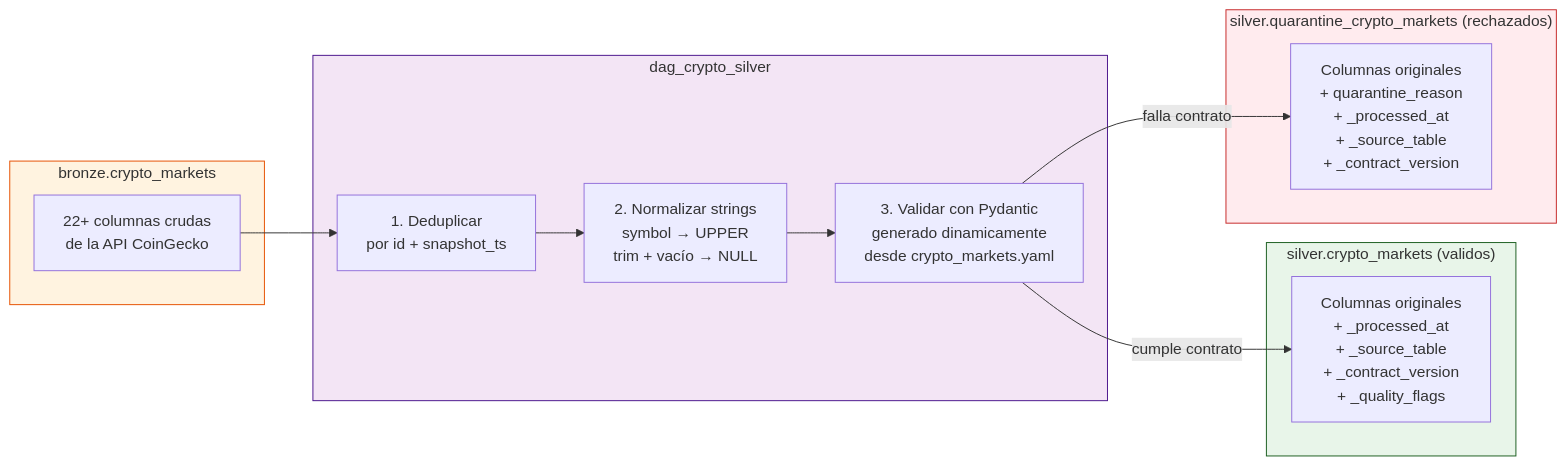
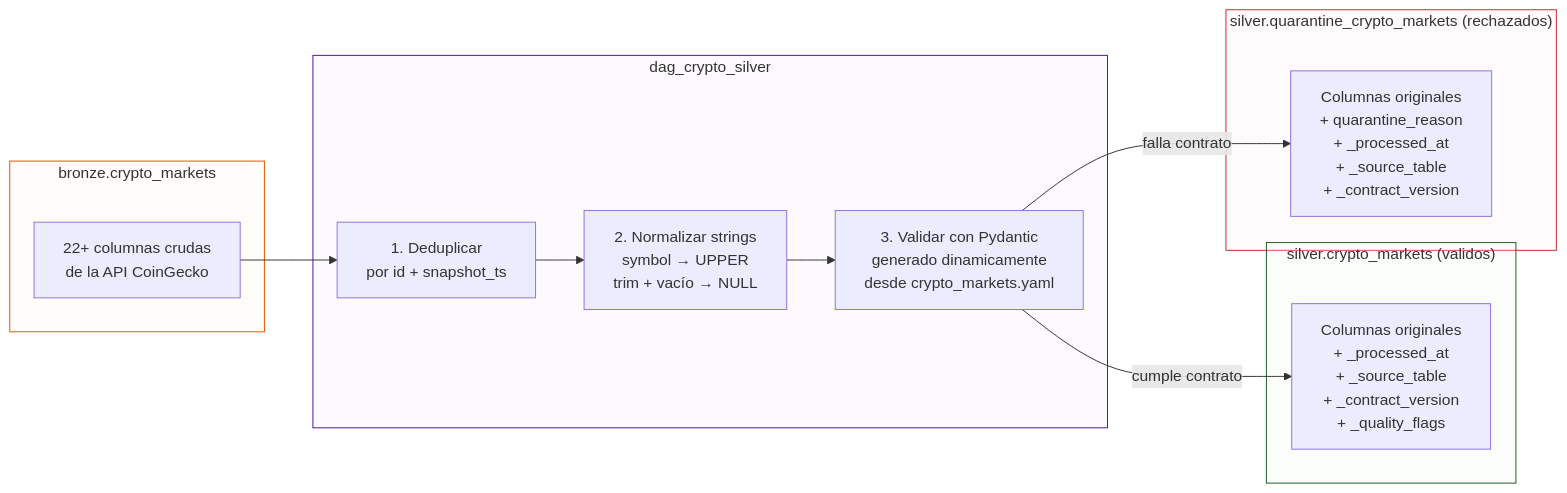
Before and after one commit to juansokil/LCD-InfraCienciaDatos: the second of 2 diagrams in clase04/README.md, drawn with Mermaid. The commit also changed 13 other files, not shown here.

First line of the commit message:
diagramas mermaid: legibles con tema oscuro

````diff
--- a/clase04/README.md
+++ b/clase04/README.md
@@ -38,29 +38,30 @@
 ```mermaid
+%%{init: {"flowchart": {"subGraphTitleMargin": {"top": 0, "bottom": 28}}}}%%
 graph LR
     subgraph BR["bronze.crypto_markets"]
         B[22+ columnas crudas<br/>de la API CoinGecko]
     end
 
     subgraph PIPE["dag_crypto_silver"]
         P1[1. Deduplicar<br/>por id + snapshot_ts]
         P2[2. Normalizar strings<br/>symbol → UPPER<br/>trim + vacío → NULL]
         P3[3. Validar con Pydantic<br/>generado dinamicamente<br/>desde crypto_markets.yaml]
     end
 
     subgraph SV["silver.crypto_markets (validos)"]
         SVOK[Columnas originales<br/>+ _processed_at<br/>+ _source_table<br/>+ _contract_version<br/>+ _quality_flags]
     end
 
     subgraph SQ["silver.quarantine_crypto_markets (rechazados)"]
         SQNG[Columnas originales<br/>+ quarantine_reason<br/>+ _processed_at<br/>+ _source_table<br/>+ _contract_version]
     end
 
     B --> P1 --> P2 --> P3
     P3 -->|cumple contrato| SVOK
     P3 -->|falla contrato| SQNG
 
-    style BR fill:#fff3e0,stroke:#e65100
-    style PIPE fill:#f3e5f5,stroke:#4a148c
-    style SV fill:#e8f5e9,stroke:#1b5e20
-    style SQ fill:#ffebee,stroke:#c62828
+    style BR fill:#fff3e033,stroke:#e65100
+    style PIPE fill:#f3e5f533,stroke:#4a148c
+    style SV fill:#e8f5e933,stroke:#1b5e20
+    style SQ fill:#ffebee33,stroke:#c62828
 ```
````
